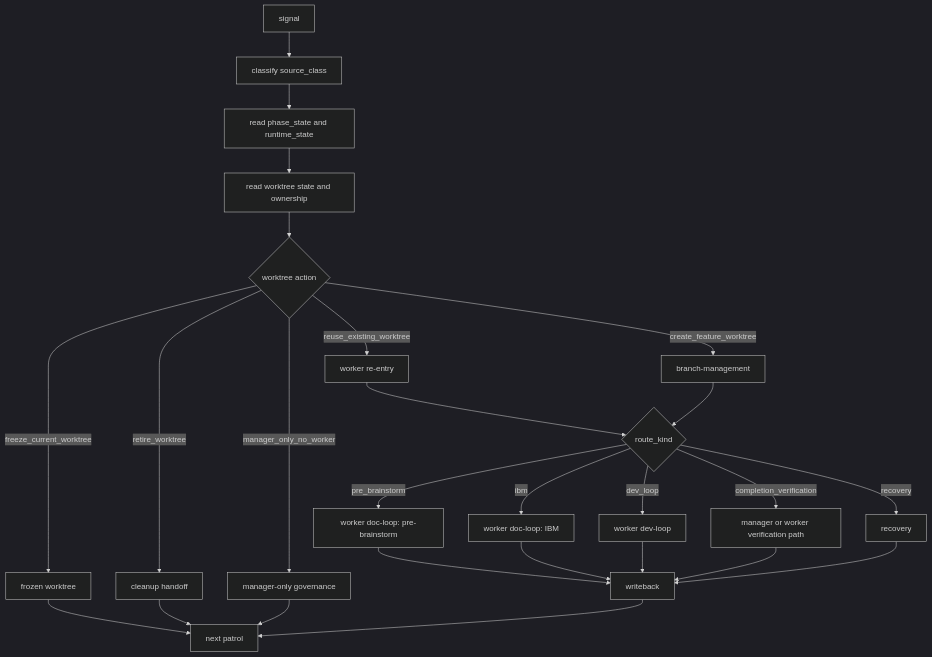
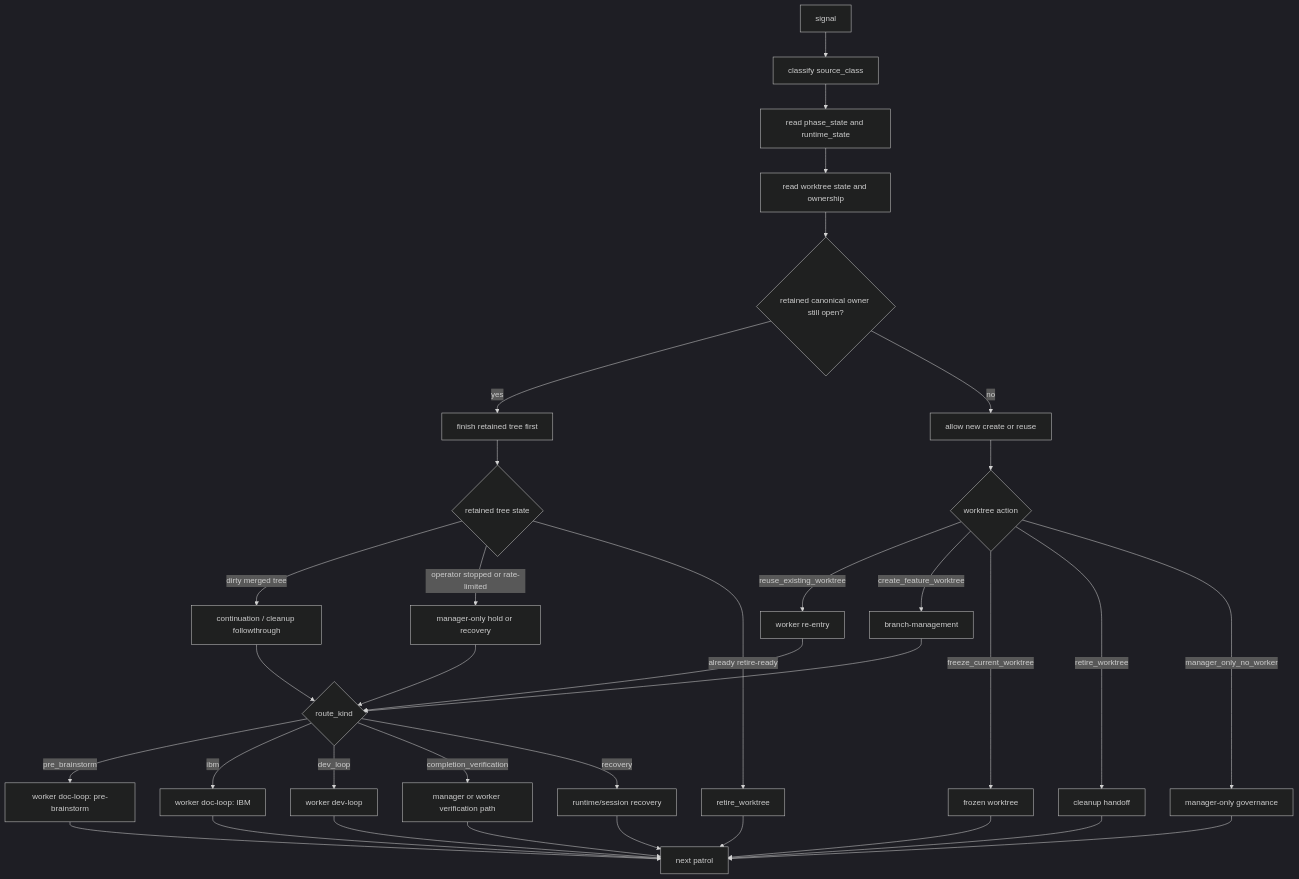
One commit to chatterzhao/freely changed the fifth of 12 diagrams in docs/system/workspace/three-loop-capability-lifecycle.md. Above: the diagram before and after it, drawn with Mermaid (dark theme). The commit also changed other lines of this file, not shown here.

Commit message:
docs: align three-loop flow with dogfood routing

````diff
--- a/docs/system/workspace/three-loop-capability-lifecycle.md
+++ b/docs/system/workspace/three-loop-capability-lifecycle.md
@@ -105,32 +137,42 @@
 ```mermaid
 flowchart TD
     A[signal] --> B[classify source_class]
     B --> C[read phase_state and runtime_state]
     C --> D[read worktree state and ownership]
-    D --> E{worktree action}
+    D --> E{retained canonical owner still open?}
+    E -->|yes| F[finish retained tree first]
+    E -->|no| G[allow new create or reuse]
 
-    E -->|reuse_existing_worktree| F[worker re-entry]
-    E -->|create_feature_worktree| G[branch-management]
-    E -->|freeze_current_worktree| H[frozen worktree]
-    E -->|retire_worktree| I[cleanup handoff]
-    E -->|manager_only_no_worker| J[manager-only governance]
+    F --> H{retained tree state}
+    H -->|dirty merged tree| I[continuation / cleanup followthrough]
+    H -->|operator stopped or rate-limited| J[manager-only hold or recovery]
+    H -->|already retire-ready| K[retire_worktree]
 
-    F --> K{route_kind}
-    G --> K
+    G --> L{worktree action}
+    L -->|reuse_existing_worktree| M[worker re-entry]
+    L -->|create_feature_worktree| N[branch-management]
+    L -->|freeze_current_worktree| O[frozen worktree]
+    L -->|retire_worktree| P[cleanup handoff]
+    L -->|manager_only_no_worker| Q[manager-only governance]
 
-    K -->|pre_brainstorm| L[worker doc-loop: pre-brainstorm]
-    K -->|ibm| M[worker doc-loop: IBM]
-    K -->|dev_loop| N[worker dev-loop]
-    K -->|completion_verification| O[manager or worker verification path]
-    K -->|recovery| P[recovery]
-
-    H --> Q[next patrol]
-    I --> Q
-    J --> Q
-    L --> R[writeback]
+    I --> R{route_kind}
+    J --> R
     M --> R
     N --> R
-    O --> R
-    P --> R
-    R --> Q
+
+    R -->|pre_brainstorm| S[worker doc-loop: pre-brainstorm]
+    R -->|ibm| T[worker doc-loop: IBM]
+    R -->|dev_loop| U[worker dev-loop]
+    R -->|completion_verification| V[manager or worker verification path]
+    R -->|recovery| W[runtime/session recovery]
+
+    K --> X[next patrol]
+    O --> X
+    P --> X
+    Q --> X
+    S --> X
+    T --> X
+    U --> X
+    V --> X
+    W --> X
 ```
````
